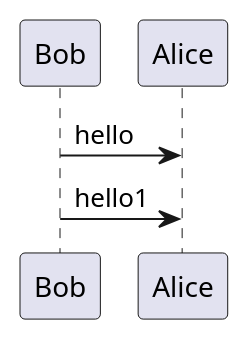
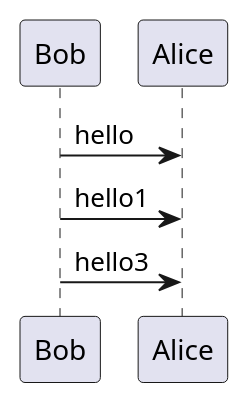
One commit to maobuji/JAVATestProject changed the diagram in test.puml. Above: the diagram before and after it, drawn with PlantUML.

Commit message:
Update test.puml
修正图像

```diff
--- a/test.puml
+++ b/test.puml
@@ -1,4 +1,5 @@
 @startuml
 Bob -> Alice : hello
 Bob -> Alice : hello1
+Bob -> Alice : hello3
 @enduml
```
